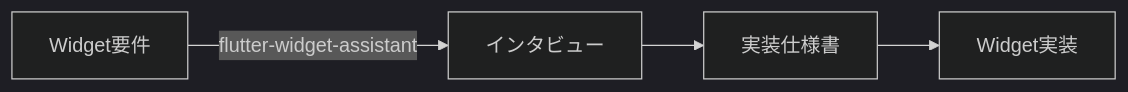
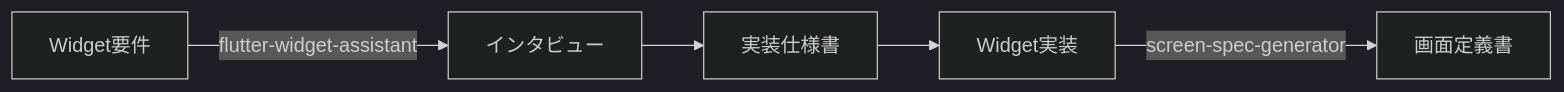
One commit to xtone/ai_development_tools changed the diagram in flutter_development/README.md. Above: the diagram before and after it, drawn with Mermaid (dark theme). The commit also changed other lines of this file, not shown here.

````diff
--- a/flutter_development/README.md
+++ b/flutter_development/README.md
@@ -24,6 +49,7 @@
 ```mermaid
 graph LR
     A[Widget要件] -->|flutter-widget-assistant| B[インタビュー]
     B --> C[実装仕様書]
     C --> D[Widget実装]
+    D -->|screen-spec-generator| E[画面定義書]
 ```
````
